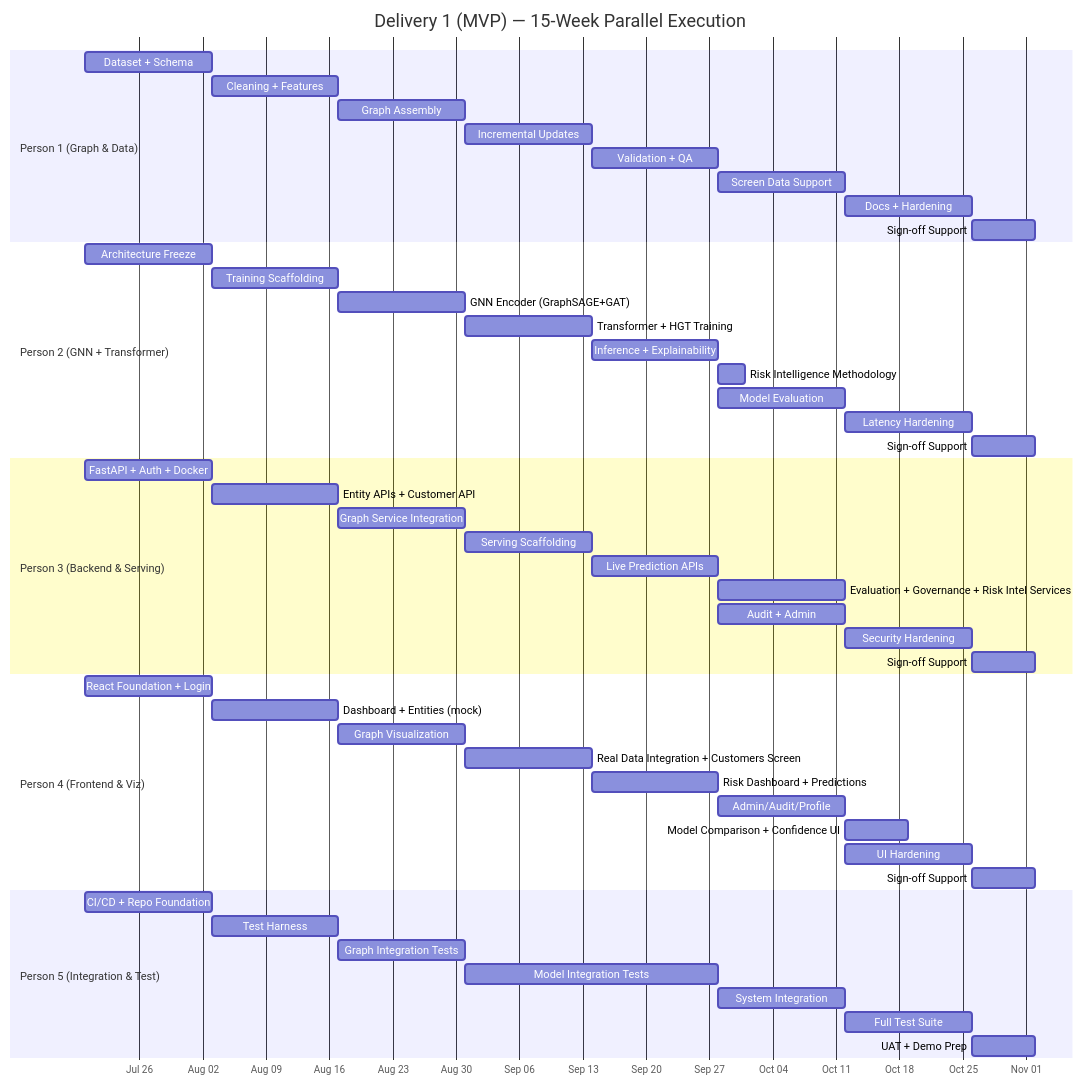
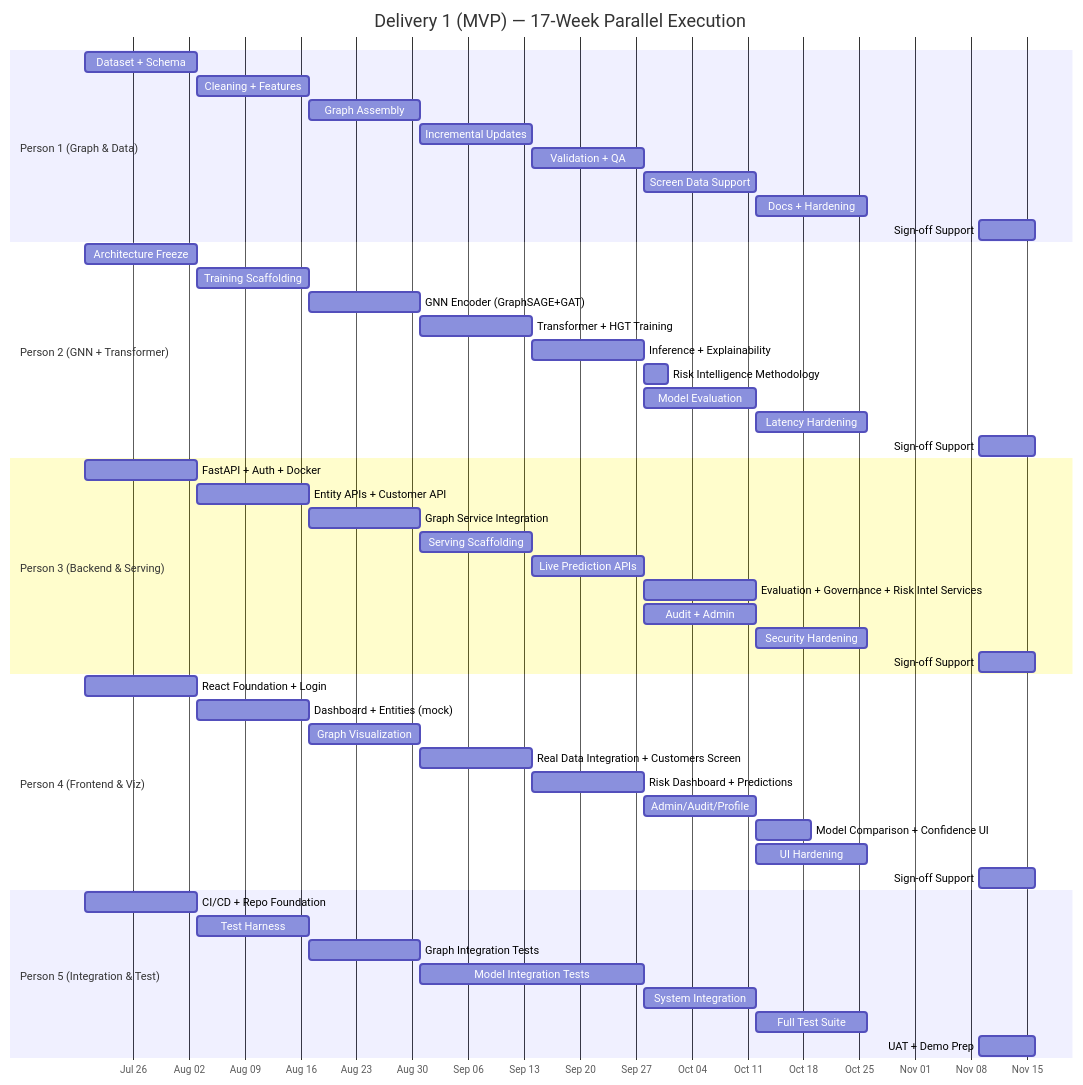
One commit to murali-ftw/ChainPilot changed the fifth of 7 diagrams in docs/team_plan.md. Above: the diagram before and after it, drawn with Mermaid. The commit also changed other lines of this file and 20 other files, not shown here.

Commit message:
Added New Architecture

````diff
--- a/docs/team_plan.md
+++ b/docs/team_plan.md
@@ -1190,58 +1208,58 @@
 ```mermaid
 gantt
     dateFormat  YYYY-MM-DD
     axisFormat  %b %d
-    title Delivery 1 (MVP) — 15-Week Parallel Execution
+    title Delivery 1 (MVP) — 17-Week Parallel Execution
 
     section Person 1 (Graph & Data)
     Dataset + Schema          :p1a, 2026-07-20, 14d
     Cleaning + Features       :p1b, after p1a, 14d
     Graph Assembly            :p1c, after p1b, 14d
     Incremental Updates       :p1d, after p1c, 14d
     Validation + QA           :p1e, after p1d, 14d
     Screen Data Support       :p1f, after p1e, 14d
     Docs + Hardening          :p1g, after p1f, 14d
-    Sign-off Support          :p1h, after p1g, 7d
+    Sign-off Support          :p1h, 2026-11-09, 7d
 
     section Person 2 (GNN + Transformer)
     Architecture Freeze       :p2a, 2026-07-20, 14d
     Training Scaffolding      :p2b, after p2a, 14d
     GNN Encoder (GraphSAGE+GAT) :p2c, after p2b, 14d
     Transformer + HGT Training :p2d, after p2c, 14d
     Inference + Explainability :p2e, after p2d, 14d
     Risk Intelligence Methodology :p2i, after p2e, 3d
     Model Evaluation          :p2f, after p2e, 14d
     Latency Hardening         :p2g, after p2f, 14d
-    Sign-off Support          :p2h, after p2g, 7d
+    Sign-off Support          :p2h, 2026-11-09, 7d
 
     section Person 3 (Backend & Serving)
     FastAPI + Auth + Docker   :p3a, 2026-07-20, 14d
     Entity APIs + Customer API :p3b, after p3a, 14d
     Graph Service Integration :p3c, after p3b, 14d
     Serving Scaffolding       :p3d, after p3c, 14d
     Live Prediction APIs      :p3e, after p3d, 14d
     Evaluation + Governance + Risk Intel Services :p3i, after p3e, 14d
     Audit + Admin             :p3f, after p3e, 14d
     Security Hardening        :p3g, after p3f, 14d
-    Sign-off Support          :p3h, after p3g, 7d
+    Sign-off Support          :p3h, 2026-11-09, 7d
 
     section Person 4 (Frontend & Viz)
     React Foundation + Login  :p4a, 2026-07-20, 14d
     Dashboard + Entities (mock) :p4b, after p4a, 14d
     Graph Visualization       :p4c, after p4b, 14d
     Real Data Integration + Customers Screen :p4d, after p4c, 14d
     Risk Dashboard + Predictions :p4e, after p4d, 14d
     Admin/Audit/Profile       :p4f, after p4e, 14d
     Model Comparison + Confidence UI :p4i, after p4f, 7d
     UI Hardening              :p4g, after p4f, 14d
-    Sign-off Support          :p4h, after p4g, 7d
+    Sign-off Support          :p4h, 2026-11-09, 7d
 
     section Person 5 (Integration & Test)
     CI/CD + Repo Foundation   :p5a, 2026-07-20, 14d
     Test Harness              :p5b, after p5a, 14d
     Graph Integration Tests   :p5c, after p5b, 14d
     Model Integration Tests   :p5d, after p5c, 28d
     System Integration        :p5e, after p5d, 14d
     Full Test Suite           :p5f, after p5e, 14d
-    UAT + Demo Prep           :p5g, after p5f, 7d
+    UAT + Demo Prep           :p5g, 2026-11-09, 7d
 ```
````
